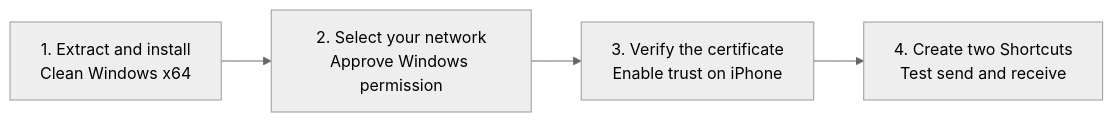
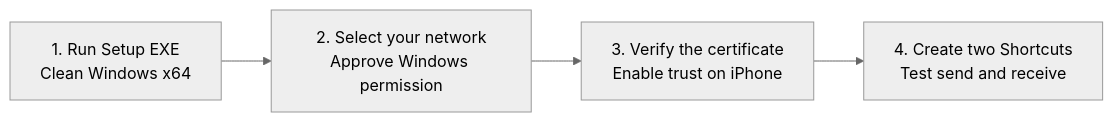
One commit to LionKing53/ClipBridge changed the first of 2 diagrams in docs/QUICKSTART.md. Above: the diagram before and after it, drawn with Mermaid (neutral theme). The commit also changed other lines of this file and 27 other files, not shown here.

````diff
--- a/docs/QUICKSTART.md
+++ b/docs/QUICKSTART.md
@@ -17,8 +18,8 @@
 ```mermaid
 flowchart LR
-    A["1. Extract and install<br/>Clean Windows x64"]
+    A["1. Run Setup EXE<br/>Clean Windows x64"]
     B["2. Select your network<br/>Approve Windows permission"]
     C["3. Verify the certificate<br/>Enable trust on iPhone"]
     D["4. Create two Shortcuts<br/>Test send and receive"]
     A --> B --> C --> D
 ```
````
